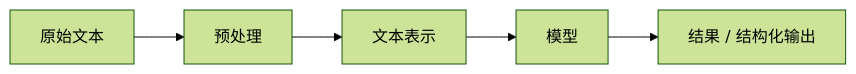
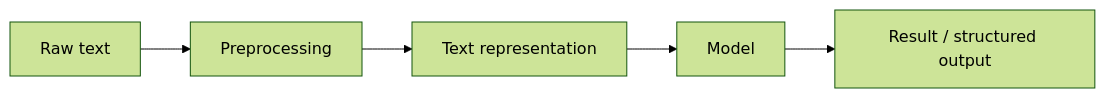
One commit to oudbiao/AI-fullstack-course changed the diagram in docs/ch11-nlp/ch01-text-basics/01-nlp-overview.md. Above: the diagram before and after it, drawn with Mermaid (forest theme). The commit also changed other lines of this file and 1406 other files, not shown here.

````diff
--- a/docs/ch11-nlp/ch01-text-basics/01-nlp-overview.md
+++ b/docs/ch11-nlp/ch01-text-basics/01-nlp-overview.md
@@ -158,7 +158,7 @@
 ```mermaid
 flowchart LR
-    A["原始文本"] --> B["预处理"]
-    B --> C["文本表示"]
-    C --> D["模型"]
-    D --> E["结果 / 结构化输出"]
+    A["Raw text"] --> B["Preprocessing"]
+    B --> C["Text representation"]
+    C --> D["Model"]
+    D --> E["Result / structured output"]
 ```
````
